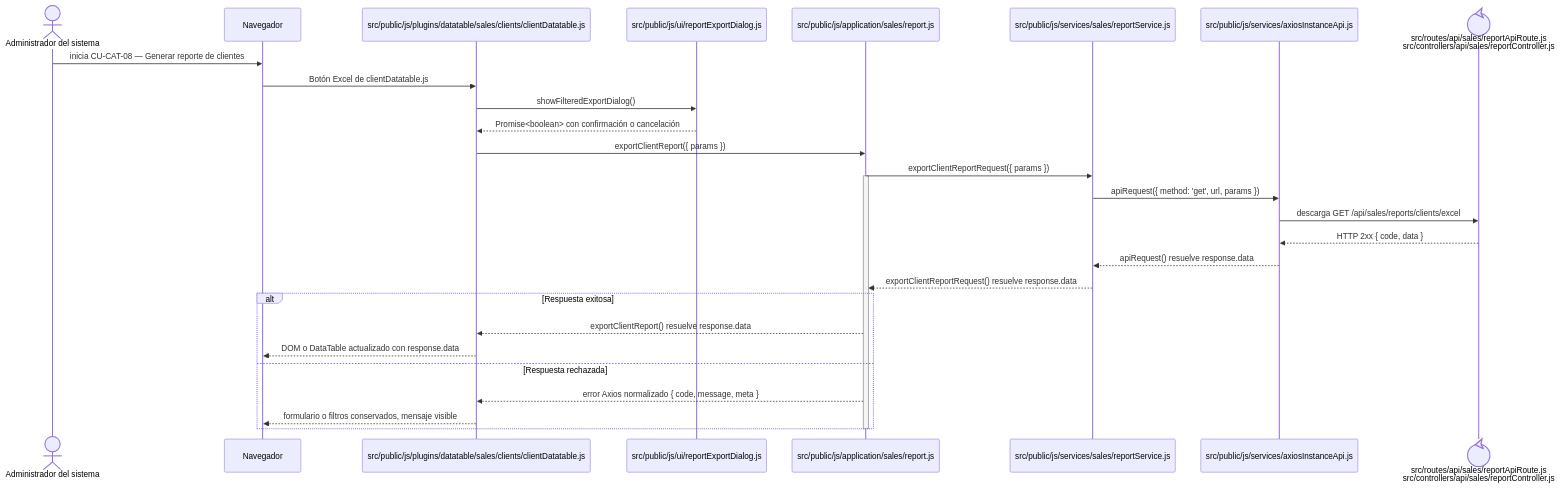
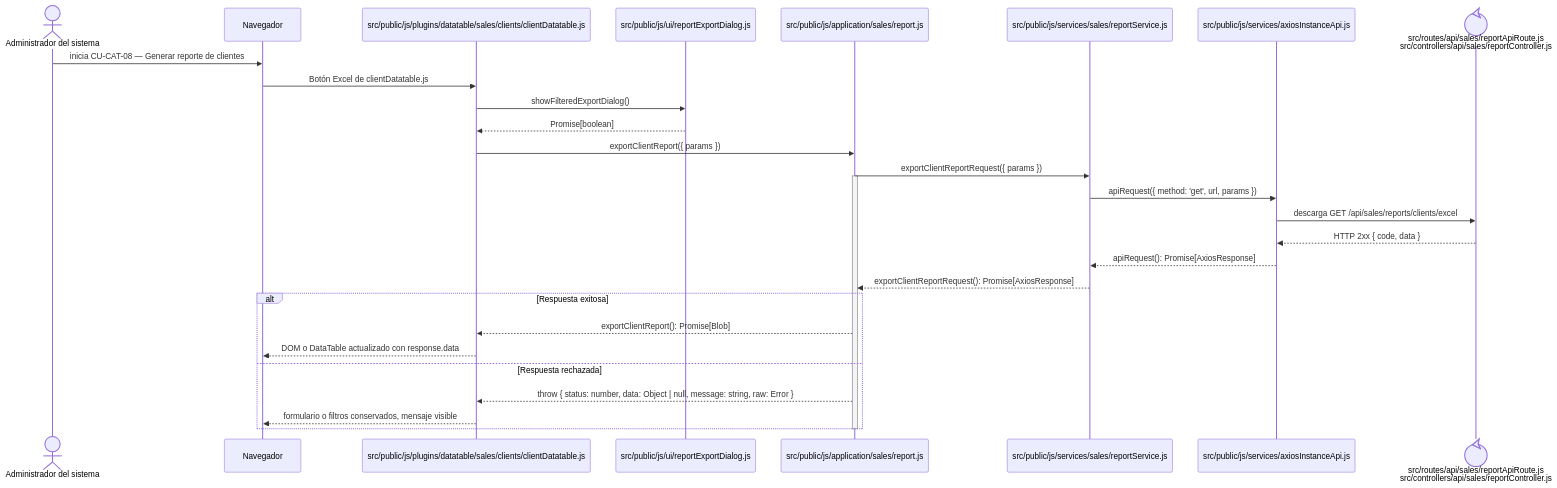
The diagram in docs/architecture/frontend-code-sequences/catalogs/cu-cat-08.md (gpgsistemas01/nexus), drawn with Mermaid before and after one commit. The commit also changed 146 other files, not shown here.

````diff
--- a/docs/architecture/frontend-code-sequences/catalogs/cu-cat-08.md
+++ b/docs/architecture/frontend-code-sequences/catalogs/cu-cat-08.md
@@ -6,32 +6,32 @@
 ```mermaid
 sequenceDiagram
     actor Initiator as Administrador del sistema
     participant Browser as Navegador
     participant View as src/public/js/plugins/datatable/sales/clients/clientDatatable.js
     participant Dialog as src/public/js/ui/reportExportDialog.js
     participant Application as src/public/js/application/sales/report.js
     participant Request as src/public/js/services/sales/reportService.js
     participant HTTP as src/public/js/services/axiosInstanceApi.js
     participant Transport@{ "type": "control" } as src/routes/api/sales/reportApiRoute.js<br/>src/controllers/api/sales/reportController.js
 
     Initiator->>Browser: inicia CU-CAT-08 — Generar reporte de clientes
     Browser->>View: Botón Excel de clientDatatable.js
     View->>Dialog: showFilteredExportDialog()
-    Dialog-->>View: Promise<boolean> con confirmación o cancelación
+    Dialog-->>View: Promise[boolean]
     View->>Application: exportClientReport({ params })
     Application->>Request: exportClientReportRequest({ params })
     activate Application
     Request->>HTTP: apiRequest({ method: 'get', url, params })
     HTTP->>Transport: descarga GET /api/sales/reports/clients/excel
     Transport-->>HTTP: HTTP 2xx { code, data }
-    HTTP-->>Request: apiRequest() resuelve response.data
-    Request-->>Application: exportClientReportRequest() resuelve response.data
+    HTTP-->>Request: apiRequest(): Promise[AxiosResponse]
+    Request-->>Application: exportClientReportRequest(): Promise[AxiosResponse]
     alt Respuesta exitosa
-        Application-->>View: exportClientReport() resuelve response.data
+        Application-->>View: exportClientReport(): Promise[Blob]
         View-->>Browser: DOM o DataTable actualizado con response.data
     else Respuesta rechazada
-        Application-->>View: error Axios normalizado { code, message, meta }
+        Application-->>View: throw { status: number, data: Object | null, message: string, raw: Error }
         View-->>Browser: formulario o filtros conservados, mensaje visible
     end
     deactivate Application
 ```
````
